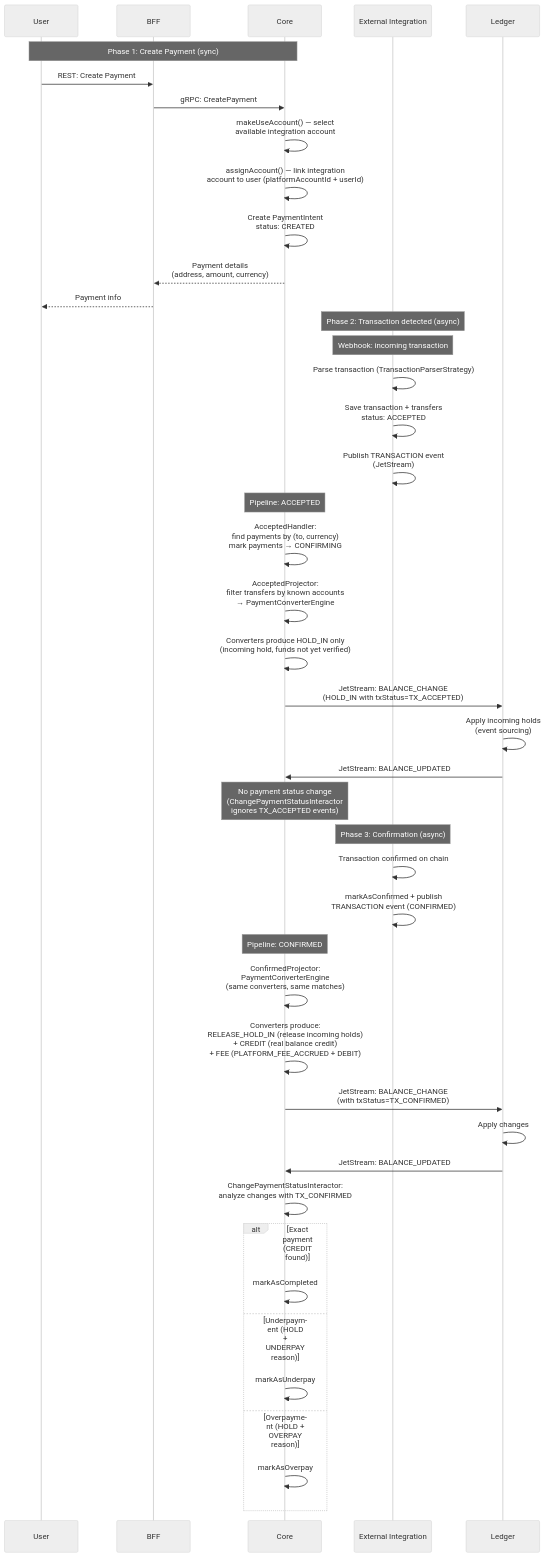
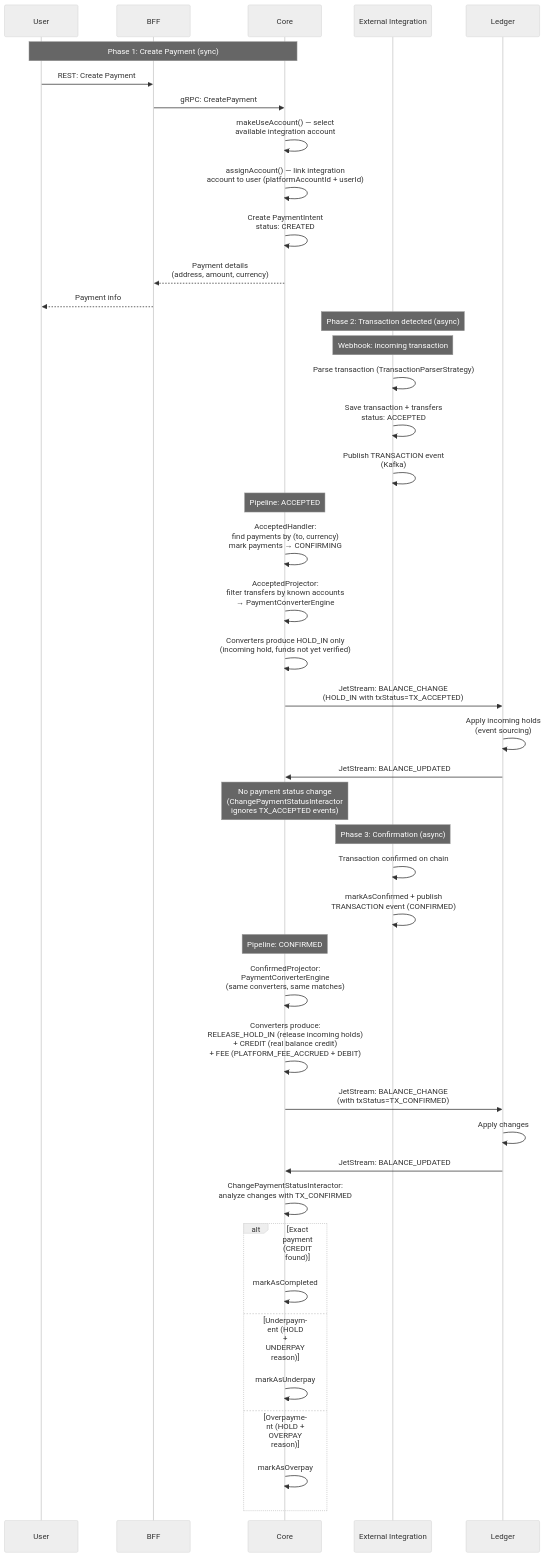
Before and after one commit to AndreyShashlovDev/multi-rail-payments-processor: the second of 5 diagrams in README.md, drawn with Mermaid (neutral theme). The commit also changed other lines of this file and 119 other files, not shown here.

````diff
--- a/README.md
+++ b/README.md
@@ -250,52 +273,52 @@
 ```mermaid
 sequenceDiagram
     participant User
     participant BFF
     participant Core
     participant ExtInt as External Integration
     participant Ledger
 
     Note over User,Core: Phase 1: Create Payment (sync)
     User->>BFF: REST: Create Payment
     BFF->>Core: gRPC: CreatePayment
     Core->>Core: makeUseAccount() — select<br/>available integration account
     Core->>Core: assignAccount() — link integration<br/>account to user (platformAccountId + userId)
     Core->>Core: Create PaymentIntent<br/>status: CREATED
     Core-->>BFF: Payment details<br/>(address, amount, currency)
     BFF-->>User: Payment info
 
     Note over ExtInt: Phase 2: Transaction detected (async)
     Note over ExtInt: Webhook: incoming transaction
     ExtInt->>ExtInt: Parse transaction (TransactionParserStrategy)
     ExtInt->>ExtInt: Save transaction + transfers<br/>status: ACCEPTED
-    ExtInt->>ExtInt: Publish TRANSACTION event<br/>(JetStream)
+    ExtInt->>ExtInt: Publish TRANSACTION event<br/>(Kafka)
 
     Note over Core: Pipeline: ACCEPTED
     Core->>Core: AcceptedHandler:<br/>find payments by (to, currency)<br/>mark payments → CONFIRMING
     Core->>Core: AcceptedProjector:<br/>filter transfers by known accounts<br/>→ PaymentConverterEngine
     Core->>Core: Converters produce HOLD_IN only<br/>(incoming hold, funds not yet verified)
     Core->>Ledger: JetStream: BALANCE_CHANGE<br/>(HOLD_IN with txStatus=TX_ACCEPTED)
     Ledger->>Ledger: Apply incoming holds<br/>(event sourcing)
     Ledger->>Core: JetStream: BALANCE_UPDATED
     Note over Core: No payment status change<br/>(ChangePaymentStatusInteractor<br/>ignores TX_ACCEPTED events)
 
     Note over ExtInt: Phase 3: Confirmation (async)
     ExtInt->>ExtInt: Transaction confirmed on chain
     ExtInt->>ExtInt: markAsConfirmed + publish<br/>TRANSACTION event (CONFIRMED)
 
     Note over Core: Pipeline: CONFIRMED
     Core->>Core: ConfirmedProjector:<br/>PaymentConverterEngine<br/>(same converters, same matches)
     Core->>Core: Converters produce:<br/>RELEASE_HOLD_IN (release incoming holds)<br/>+ CREDIT (real balance credit)<br/>+ FEE (PLATFORM_FEE_ACCRUED + DEBIT)
     Core->>Ledger: JetStream: BALANCE_CHANGE<br/>(with txStatus=TX_CONFIRMED)
     Ledger->>Ledger: Apply changes
     Ledger->>Core: JetStream: BALANCE_UPDATED
 
     Core->>Core: ChangePaymentStatusInteractor:<br/>analyze changes with TX_CONFIRMED
     alt Exact payment (CREDIT found)
         Core->>Core: markAsCompleted
     else Underpayment (HOLD + UNDERPAY reason)
         Core->>Core: markAsUnderpay
     else Overpayment (HOLD + OVERPAY reason)
         Core->>Core: markAsOverpay
     end
 ```
````
